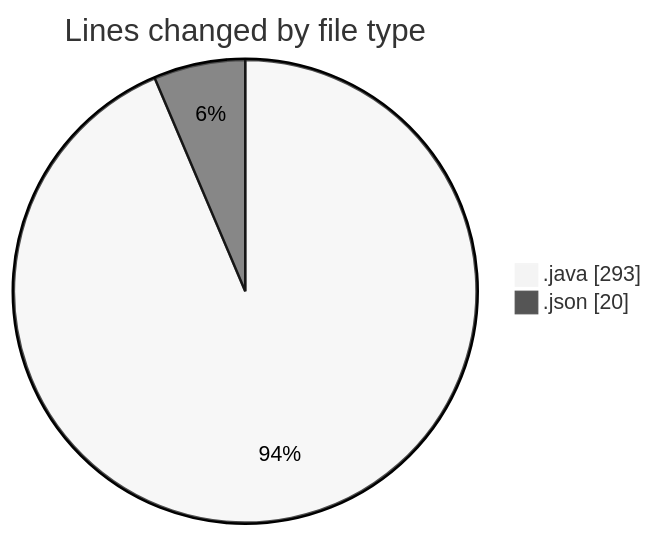
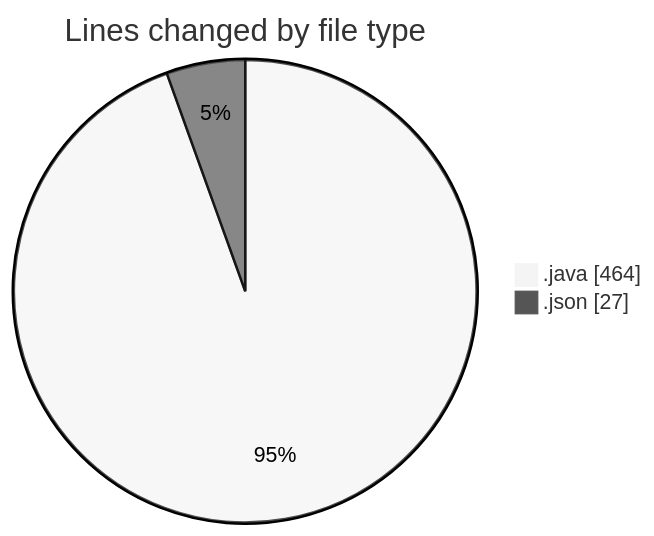
The first of 2 diagrams in 2025-05-27/minisocialnetwork/README.md (NitaiMahat/code-tracking), drawn with Mermaid (neutral theme) before and after one commit. The commit also changed other lines of this file and 1 other file, not shown here.

````diff
--- a/2025-05-27/minisocialnetwork/README.md
+++ b/2025-05-27/minisocialnetwork/README.md
@@ -30,6 +30,6 @@
 ```mermaid
 pie showData
 title Lines changed by file type
-".java" : 293
-".json" : 20
+".java" : 464
+".json" : 27
 ```
````
